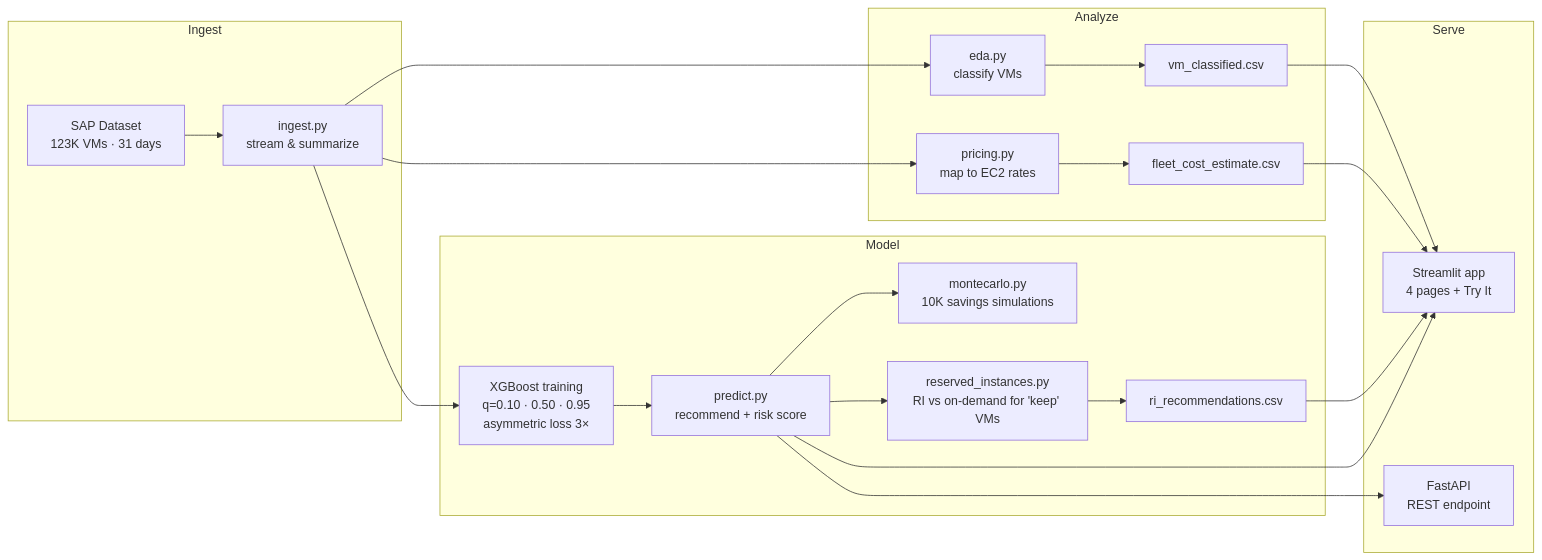
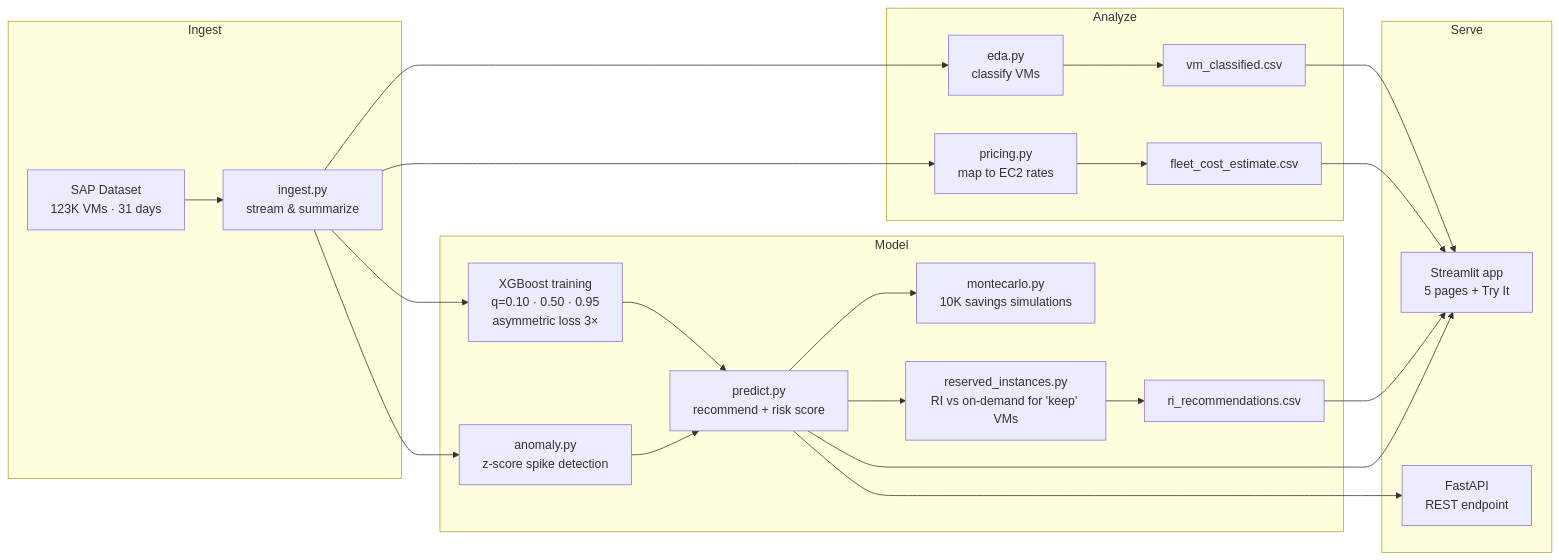
The diagram in README.md (aroaxinping/cloud-cost-predictor), drawn with Mermaid before and after one commit. The commit also changed other lines of this file and 8 other files, not shown here.

First line of the commit message:
feat: add anomaly detection layer for CPU spike protection

````diff
--- a/README.md
+++ b/README.md
@@ -162,29 +177,31 @@
 ```mermaid
 flowchart LR
     subgraph Ingest
         A[SAP Dataset\n123K VMs · 31 days] --> B[ingest.py\nstream & summarize]
     end
 
     subgraph Analyze
         B --> C[eda.py\nclassify VMs]
         B --> D[pricing.py\nmap to EC2 rates]
         C --> E[vm_classified.csv]
         D --> F[fleet_cost_estimate.csv]
     end
 
     subgraph Model
         B --> G[XGBoost training\nq=0.10 · 0.50 · 0.95\nasymmetric loss 3×]
         G --> H[predict.py\nrecommend + risk score]
+        B --> AN[anomaly.py\nz-score spike detection]
+        AN --> H
         H --> MC[montecarlo.py\n10K savings simulations]
         H --> RI[reserved_instances.py\nRI vs on-demand for 'keep' VMs]
         RI --> K[ri_recommendations.csv]
     end
 
     subgraph Serve
-        H --> I[Streamlit app\n4 pages + Try It]
+        H --> I[Streamlit app\n5 pages + Try It]
         H --> J[FastAPI\nREST endpoint]
         E --> I
         F --> I
         K --> I
     end
 ```
````
